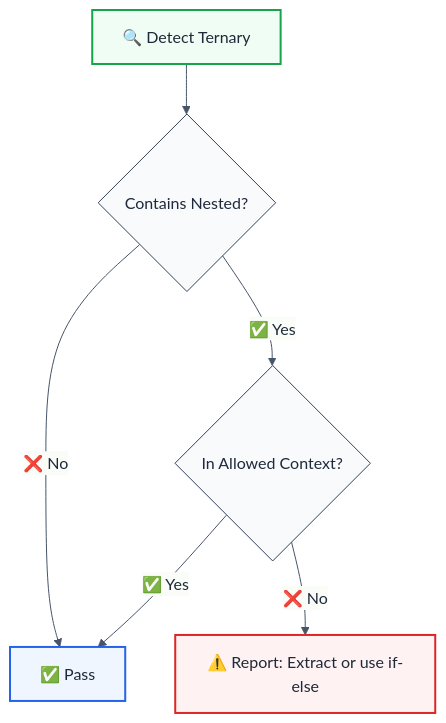
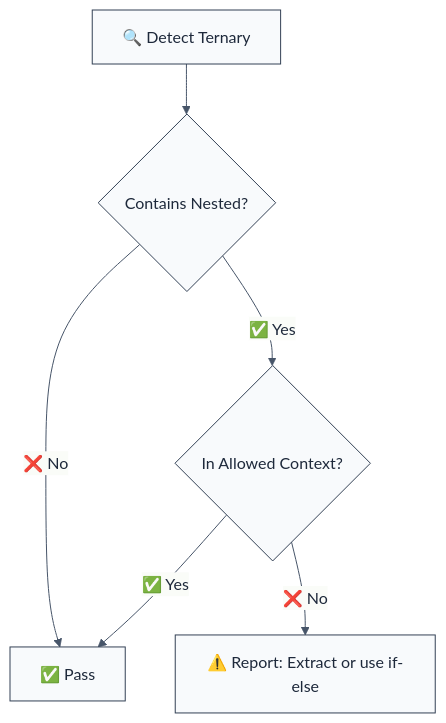
Before and after one commit to ofri-peretz/eslint: the diagram in apps/docs/content/docs/maintainability/rules/no-nested-ternary.mdx, drawn with Mermaid. The commit also changed other lines of this file and 907 other files, not shown here.

````diff
--- a/apps/docs/content/docs/maintainability/rules/no-nested-ternary.mdx
+++ b/apps/docs/content/docs/maintainability/rules/no-nested-ternary.mdx
@@ -22,30 +37,18 @@
 ```mermaid
 %%{init: {
   'theme': 'base',
   'themeVariables': {
     'primaryColor': '#f8fafc',
     'primaryTextColor': '#1e293b',
     'primaryBorderColor': '#334155',
-    'lineColor': '#475569',
-    'c0': '#f8fafc',
-    'c1': '#f1f5f9',
-    'c2': '#e2e8f0',
-    'c3': '#cbd5e1'
+    'lineColor': '#475569'
   }
 }}%%
 flowchart TD
     A[🔍 Detect Ternary] --> B{Contains Nested?}
     B -->|❌ No| C[✅ Pass]
     B -->|✅ Yes| D{In Allowed Context?}
-    
+
     D -->|✅ Yes| C
     D -->|❌ No| E[⚠️ Report: Extract or use if-else]
-    
-    classDef startNode fill:#f0fdf4,stroke:#16a34a,stroke-width:2px,color:#1f2937
-    classDef errorNode fill:#fef2f2,stroke:#dc2626,stroke-width:2px,color:#1f2937
-    classDef processNode fill:#eff6ff,stroke:#2563eb,stroke-width:2px,color:#1f2937
-    
-    class A startNode
-    class E errorNode
-    class C processNode
 ```
````
